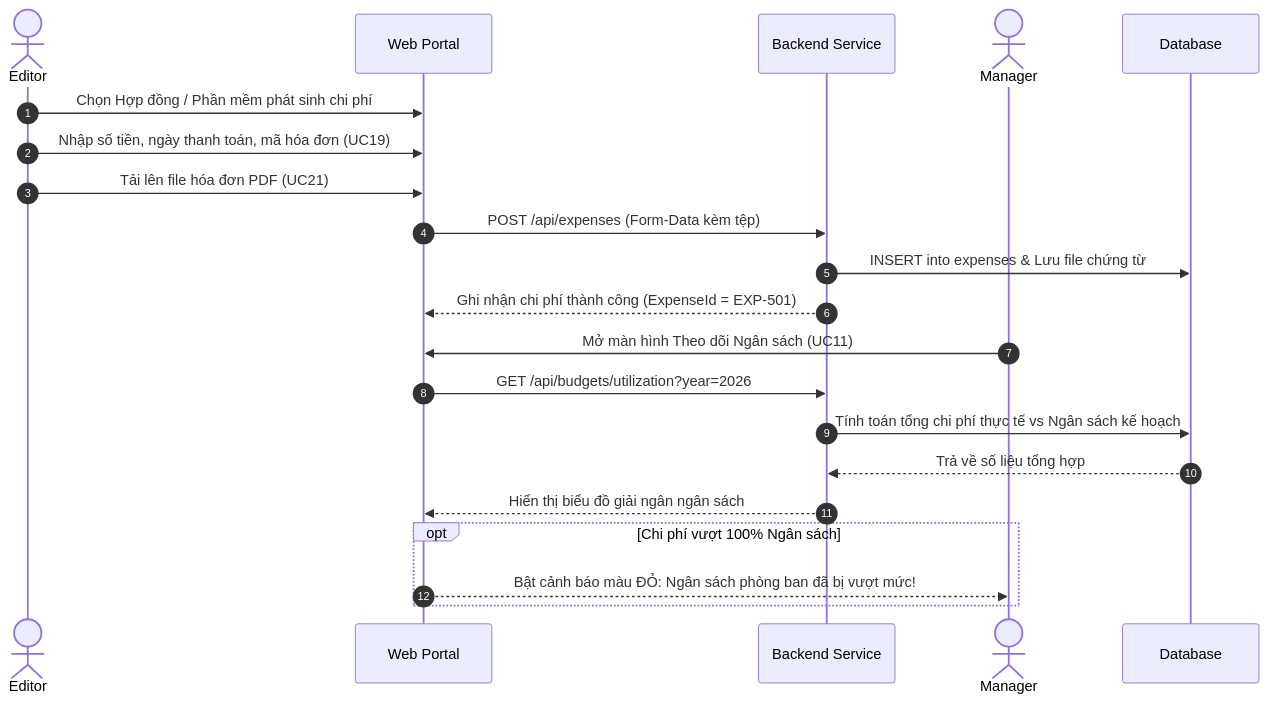
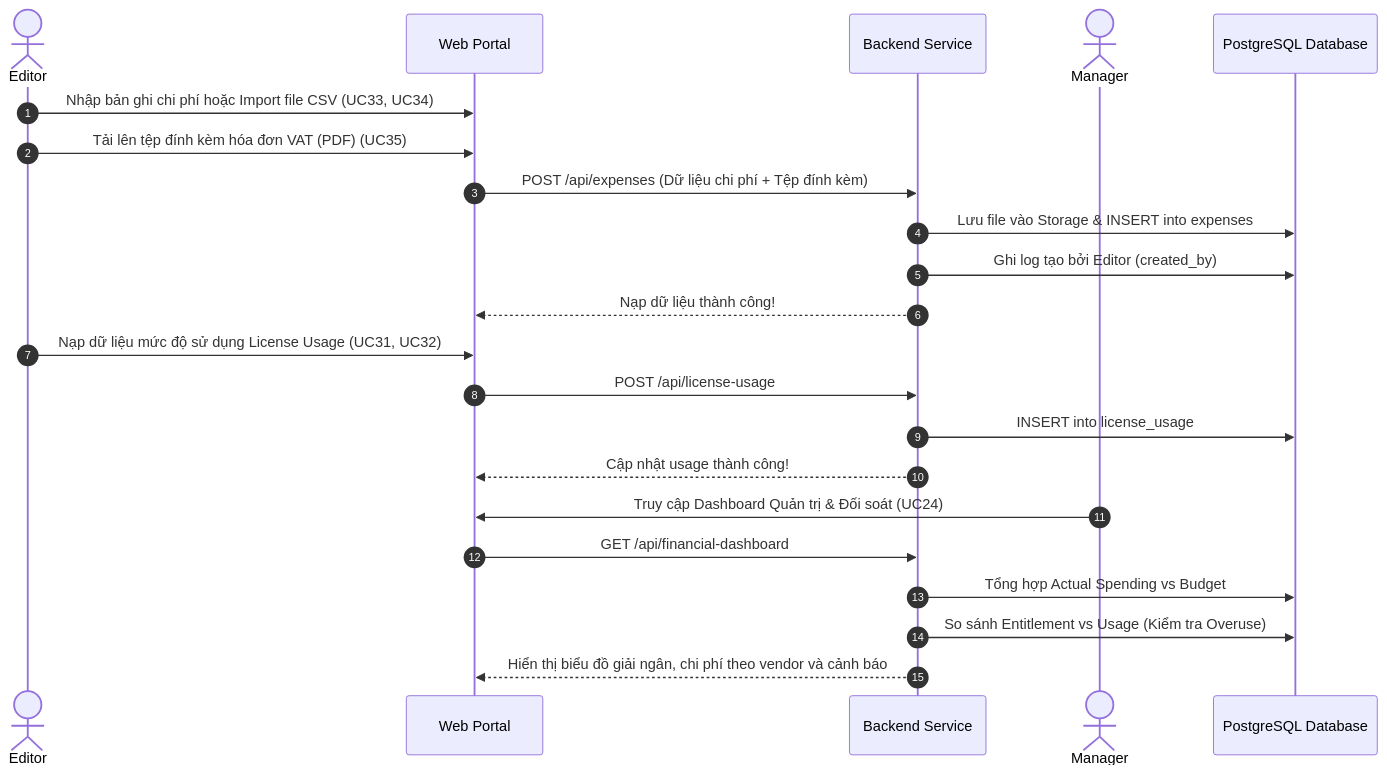
The fifth of 5 diagrams in docs/02-use-cases.md (cuonglpv/VFast), drawn with Mermaid before and after one commit. The commit also changed other lines of this file and 3 other files, not shown here.

````diff
--- a/docs/02-use-cases.md
+++ b/docs/02-use-cases.md
@@ -291,25 +245,27 @@
 ```mermaid
 sequenceDiagram
     autonumber
     actor Edt as Editor
     participant UI as Web Portal
     participant API as Backend Service
     actor Mgr as Manager
-    participant DB as Database
+    participant DB as PostgreSQL Database
 
-    Edt->>UI: Chọn Hợp đồng / Phần mềm phát sinh chi phí
-    Edt->>UI: Nhập số tiền, ngày thanh toán, mã hóa đơn (UC19)
-    Edt->>UI: Tải lên file hóa đơn PDF (UC21)
-    UI->>API: POST /api/expenses (Form-Data kèm tệp)
-    API->>DB: INSERT into expenses & Lưu file chứng từ
-    API-->>UI: Ghi nhận chi phí thành công (ExpenseId = EXP-501)
-    
-    Mgr->>UI: Mở màn hình Theo dõi Ngân sách (UC11)
-    UI->>API: GET /api/budgets/utilization?year=2026
-    API->>DB: Tính toán tổng chi phí thực tế vs Ngân sách kế hoạch
-    DB-->>API: Trả về số liệu tổng hợp
-    API-->>UI: Hiển thị biểu đồ giải ngân ngân sách
-    opt Chi phí vượt 100% Ngân sách
-        UI-->>Mgr: Bật cảnh báo màu ĐỎ: Ngân sách phòng ban đã bị vượt mức!
-    end
+    Edt->>UI: Nhập bản ghi chi phí hoặc Import file CSV (UC33, UC34)
+    Edt->>UI: Tải lên tệp đính kèm hóa đơn VAT (PDF) (UC35)
+    UI->>API: POST /api/expenses (Dữ liệu chi phí + Tệp đính kèm)
+    API->>DB: Lưu file vào Storage & INSERT into expenses
+    API->>DB: Ghi log tạo bởi Editor (created_by)
+    API-->>UI: Nạp dữ liệu thành công!
+
+    Edt->>UI: Nạp dữ liệu mức độ sử dụng License Usage (UC31, UC32)
+    UI->>API: POST /api/license-usage
+    API->>DB: INSERT into license_usage
+    API-->>UI: Cập nhật usage thành công!
+
+    Mgr->>UI: Truy cập Dashboard Quản trị & Đối soát (UC24)
+    UI->>API: GET /api/financial-dashboard
+    API->>DB: Tổng hợp Actual Spending vs Budget
+    API->>DB: So sánh Entitlement vs Usage (Kiểm tra Overuse)
+    API-->>UI: Hiển thị biểu đồ giải ngân, chi phí theo vendor và cảnh báo
 ```
````
